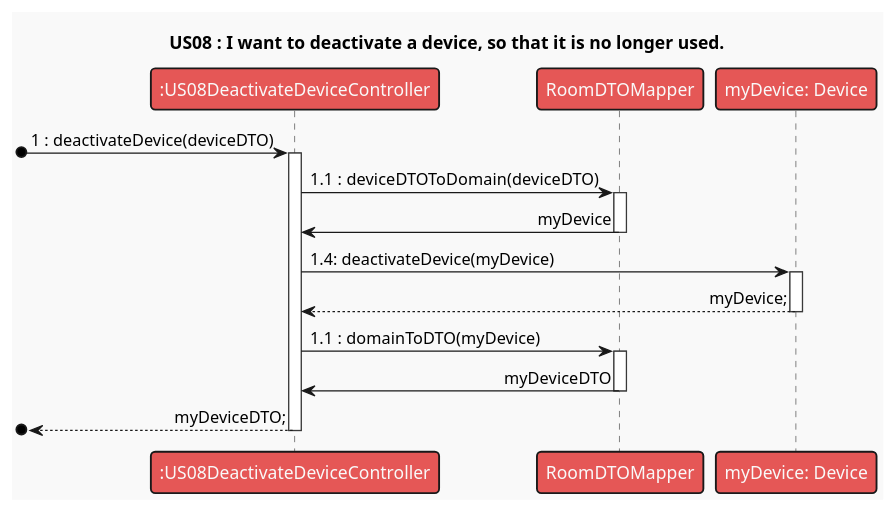
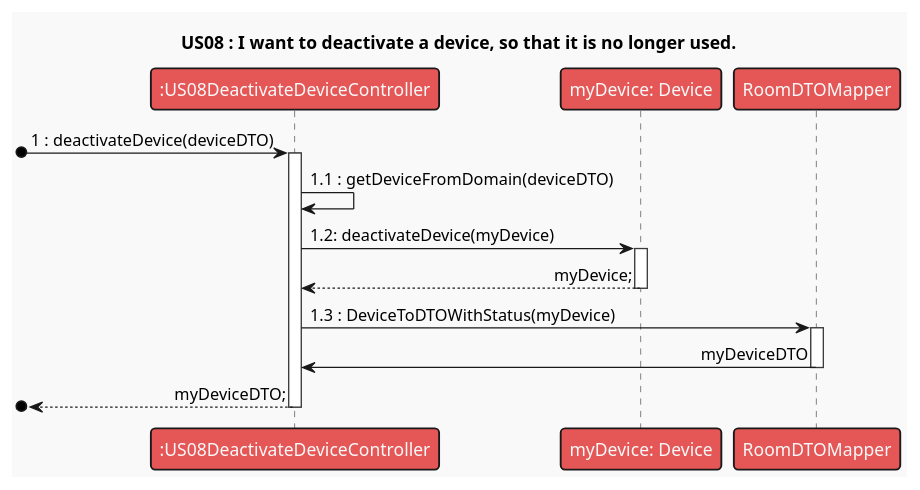
Before and after one commit to RicardoAraujoPT/SmartHome2: the diagram in src/main/java/pt/ipp/isep/dei/examples/basic/domain/SmartHome/UML/US08v2.puml, drawn with PlantUML. The commit also changed 2 other files, not shown here.

```diff
--- a/src/main/java/pt/ipp/isep/dei/examples/basic/domain/SmartHome/UML/US08v2.puml
+++ b/src/main/java/pt/ipp/isep/dei/examples/basic/domain/SmartHome/UML/US08v2.puml
@@ -1,16 +1,15 @@
 @startuml
 'https://plantuml.com/sequence-diagram
 
 !theme mars
 skinparam sequenceMessageAlign direction
 
 title US08 : I want to deactivate a device, so that it is no longer used.
 [o-> ":US08DeactivateDeviceController" ++ : 1 : deactivateDevice(deviceDTO)
-":US08DeactivateDeviceController"-> "RoomDTOMapper" ++ : 1.1 : deviceDTOToDomain(deviceDTO)
-"RoomDTOMapper"-> ":US08DeactivateDeviceController" -- : myDevice
-":US08DeactivateDeviceController" -> "myDevice: Device" ++: 1.4: deactivateDevice(myDevice)
+":US08DeactivateDeviceController"-> ":US08DeactivateDeviceController" : 1.1 : getDeviceFromDomain(deviceDTO)
+":US08DeactivateDeviceController" -> "myDevice: Device" ++: 1.2: deactivateDevice(myDevice)
     "myDevice: Device" --> ":US08DeactivateDeviceController" --: myDevice;
-":US08DeactivateDeviceController"-> "RoomDTOMapper" ++ : 1.1 : domainToDTO(myDevice)
+":US08DeactivateDeviceController"-> "RoomDTOMapper" ++ : 1.3 : DeviceToDTOWithStatus(myDevice)
 "RoomDTOMapper"-> ":US08DeactivateDeviceController" -- : myDeviceDTO
 [o<-- ":US08DeactivateDeviceController" --: myDeviceDTO;
 @enduml
```
